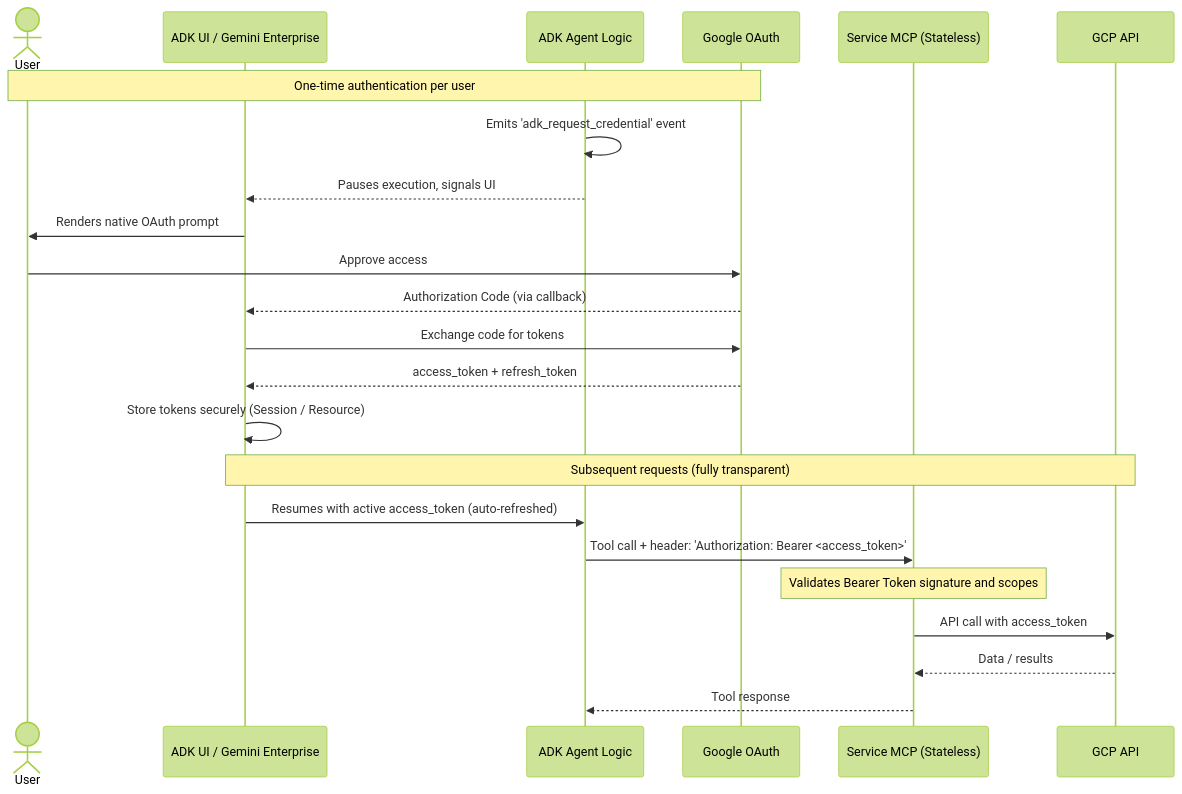
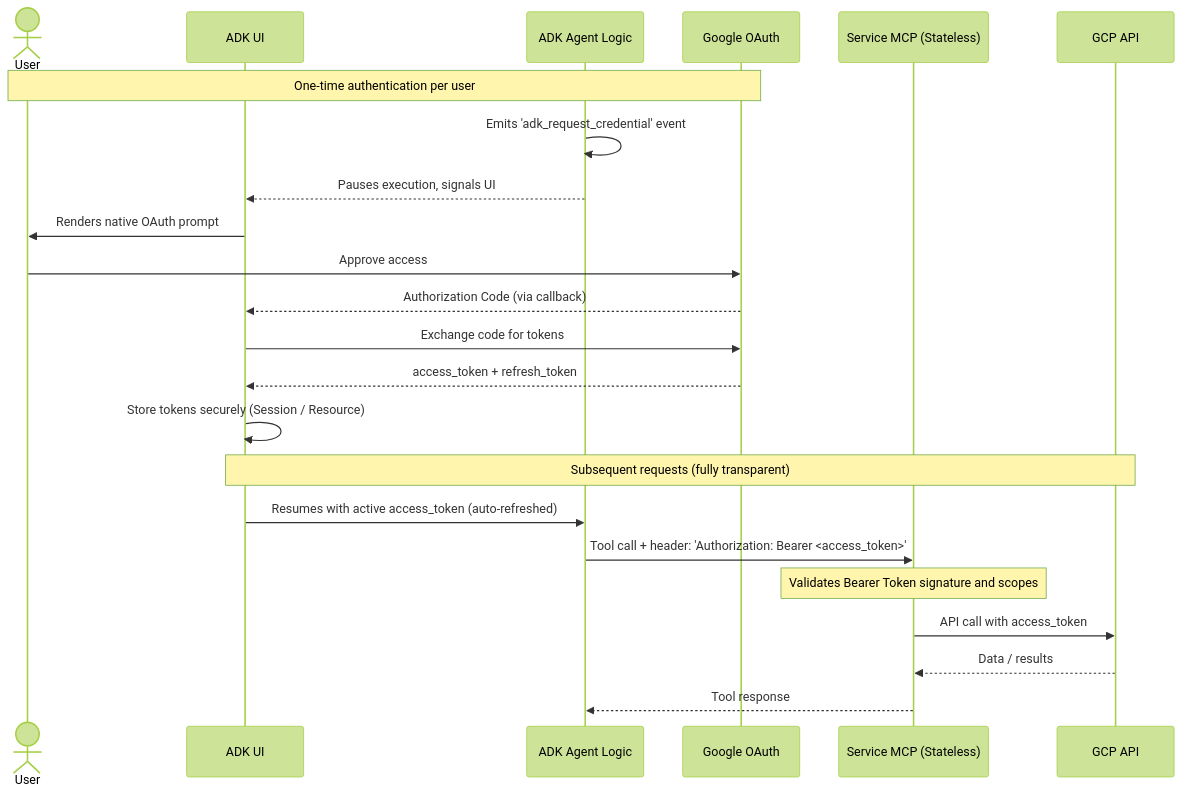
One commit to eamadorm-endava/Research-Agent changed the third of 4 diagrams in docs/Authentication/01-Auth-Methods.md. Above: the diagram before and after it, drawn with Mermaid (forest theme). The commit also changed other lines of this file and 8 other files, not shown here.

Commit message:
Modify md documentation files to update with the current GE incompatibility with the ADK OAuth flow

````diff
--- a/docs/Authentication/01-Auth-Methods.md
+++ b/docs/Authentication/01-Auth-Methods.md
@@ -115,27 +115,27 @@
 ```mermaid
 sequenceDiagram
     actor User
-    participant Frontend as ADK UI / Gemini Enterprise
+    participant Frontend as ADK UI
     participant Agent as ADK Agent Logic
     participant Google as Google OAuth
     participant MCP as Service MCP (Stateless)
     participant Target as GCP API
 
     Note over User,Google: One-time authentication per user
     Agent->>Agent: Emits 'adk_request_credential' event
     Agent-->>Frontend: Pauses execution, signals UI
     Frontend->>User: Renders native OAuth prompt
     User->>Google: Approve access
     Google-->>Frontend: Authorization Code (via callback)
     Frontend->>Google: Exchange code for tokens
     Google-->>Frontend: access_token + refresh_token
     Frontend->>Frontend: Store tokens securely (Session / Resource)
 
     Note over Frontend,Target: Subsequent requests (fully transparent)
     Frontend->>Agent: Resumes with active access_token (auto-refreshed)
     Agent->>MCP: Tool call + header: 'Authorization: Bearer <access_token>'
     Note over MCP: Validates Bearer Token signature and scopes
     MCP->>Target: API call with access_token
     Target-->>MCP: Data / results
     MCP-->>Agent: Tool response
 ```
````
